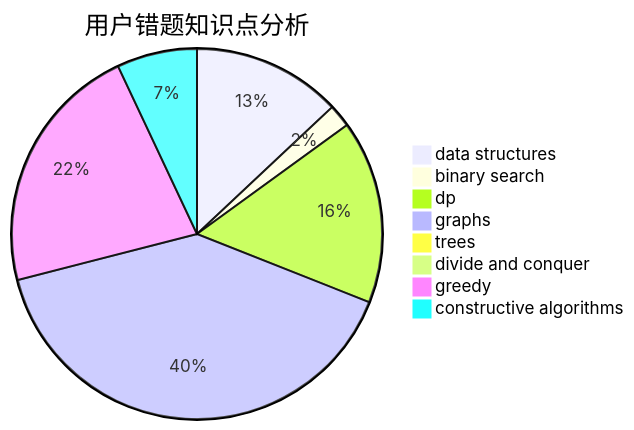
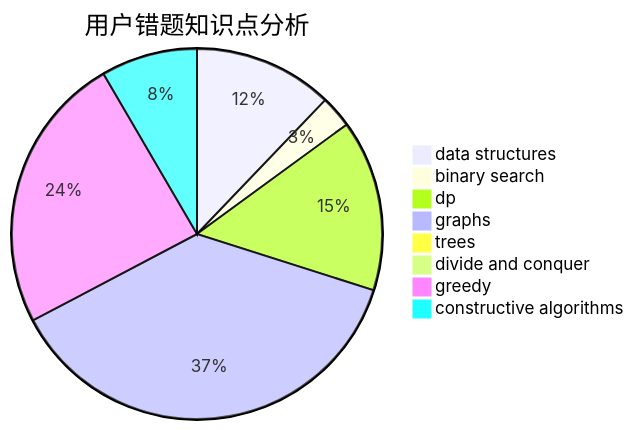
The third of 3 diagrams in docs/user/u1396.md (sherpahu/cfrs.github.io), drawn with Mermaid before and after one commit. The commit also changed other lines of this file and 2770 other files, not shown here.

````diff
--- a/docs/user/u1396.md
+++ b/docs/user/u1396.md
@@ -36,11 +36,11 @@
 ```mermaid
 pie title 用户错题知识点分析
     "data structures" :  13
-    "binary search" :  2
+    "binary search" :  3
     "dp" :  16
     "graphs" :  40
     "trees" :  1
     "divide and conquer" :  0
-    "greedy" :  22
-    "constructive algorithms" :  7
+    "greedy" :  26
+    "constructive algorithms" :  9
 ```
````
